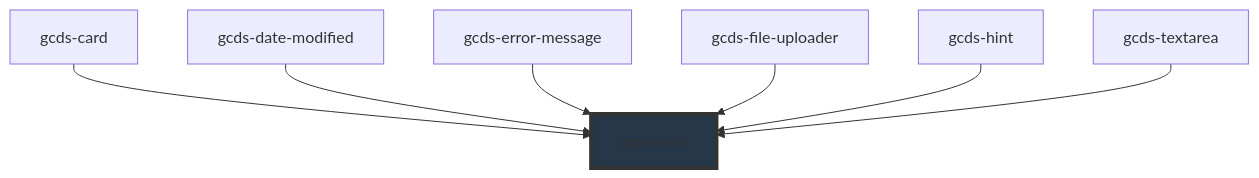
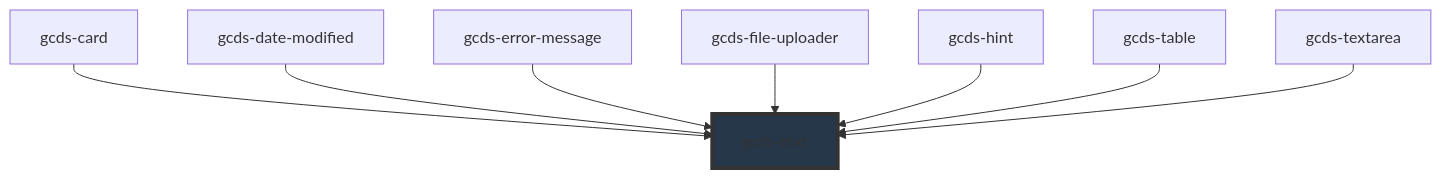
Before and after one commit to cds-snc/gcds-components: the diagram in packages/web/src/components/gcds-text/readme.md, drawn with Mermaid. The commit also changed other lines of this file and 9 other files, not shown here.

````diff
--- a/packages/web/src/components/gcds-text/readme.md
+++ b/packages/web/src/components/gcds-text/readme.md
@@ -50,10 +51,11 @@
 ```mermaid
 graph TD;
   gcds-card --> gcds-text
   gcds-date-modified --> gcds-text
   gcds-error-message --> gcds-text
   gcds-file-uploader --> gcds-text
   gcds-hint --> gcds-text
+  gcds-table --> gcds-text
   gcds-textarea --> gcds-text
   style gcds-text fill:#26374a,stroke:#333,stroke-width:4px
 ```
````
